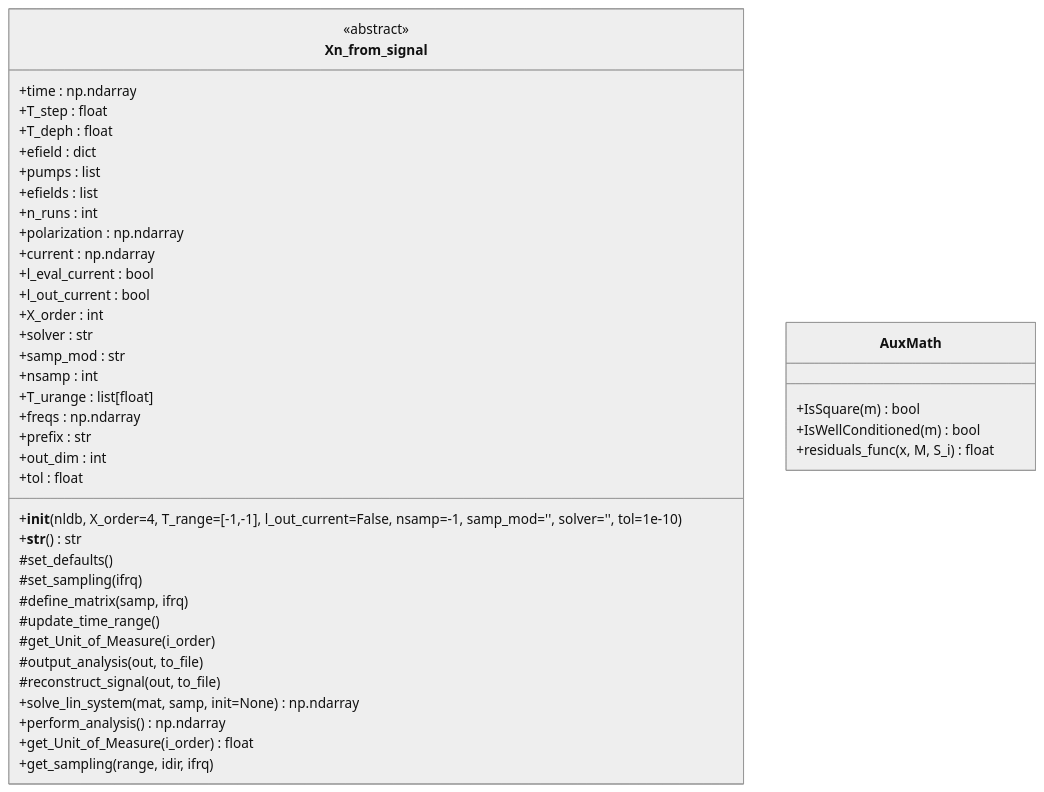
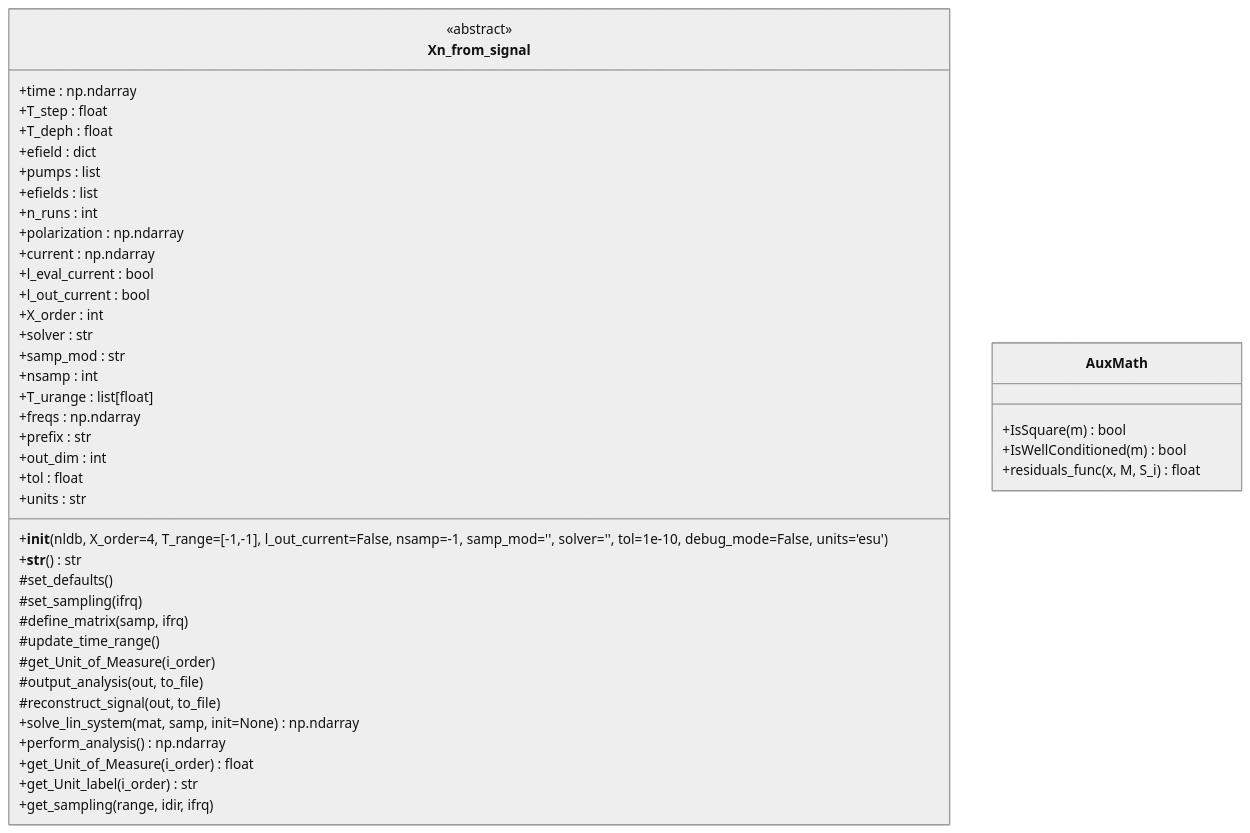
Before and after one commit to yambo-code/yambopy: the second of 4 diagrams in yambopy/nl/Xn_from_signal_doc.md, drawn with Mermaid (neutral theme). The commit also changed other lines of this file and 4 other files, not shown here.

````diff
--- a/yambopy/nl/Xn_from_signal_doc.md
+++ b/yambopy/nl/Xn_from_signal_doc.md
@@ -77,55 +77,57 @@
 ```mermaid
 classDiagram
     class Xn_from_signal {
         <<abstract>>
         %% --- Attributes ---
         +time : np.ndarray
         +T_step : float
         +T_deph : float
         +efield : dict
         +pumps : list
         +efields : list
         +n_runs : int
         +polarization : np.ndarray
         +current : np.ndarray
         +l_eval_current : bool
         +l_out_current : bool
         +X_order : int
         +solver : str
         +samp_mod : str
         +nsamp : int
         +T_urange : list[float]
         +freqs : np.ndarray
         +prefix : str
         +out_dim : int
         +tol : float
+        +units : str
 
         %% --- Constructor ---
-        +__init__(nldb, X_order=4, T_range=[-1,-1], l_out_current=False, nsamp=-1, samp_mod='', solver='', tol=1e-10)
+        +__init__(nldb, X_order=4, T_range=[-1,-1], l_out_current=False, nsamp=-1, samp_mod='', solver='', tol=1e-10, debug_mode=False, units='esu')
 
         %% --- Special ---
         +__str__() str
 
         %% --- Abstract hooks ---
         #set_defaults()
         #set_sampling(ifrq)
         #define_matrix(samp, ifrq)
         #update_time_range()
         #get_Unit_of_Measure(i_order)   
         #output_analysis(out, to_file)
         #reconstruct_signal(out, to_file)
 
         %% --- Concrete methods ---
         +solve_lin_system(mat, samp, init=None) np.ndarray
         +perform_analysis() np.ndarray
         +get_Unit_of_Measure(i_order) float
+        +get_Unit_label(i_order) str
         +get_sampling(range, idir, ifrq)
     }
 
     %% Auxiliary (module-level) functions for completeness
     class AuxMath {
         +IsSquare(m) bool
         +IsWellConditioned(m) bool
         +residuals_func(x, M, S_i) float
     }
 ```
````
